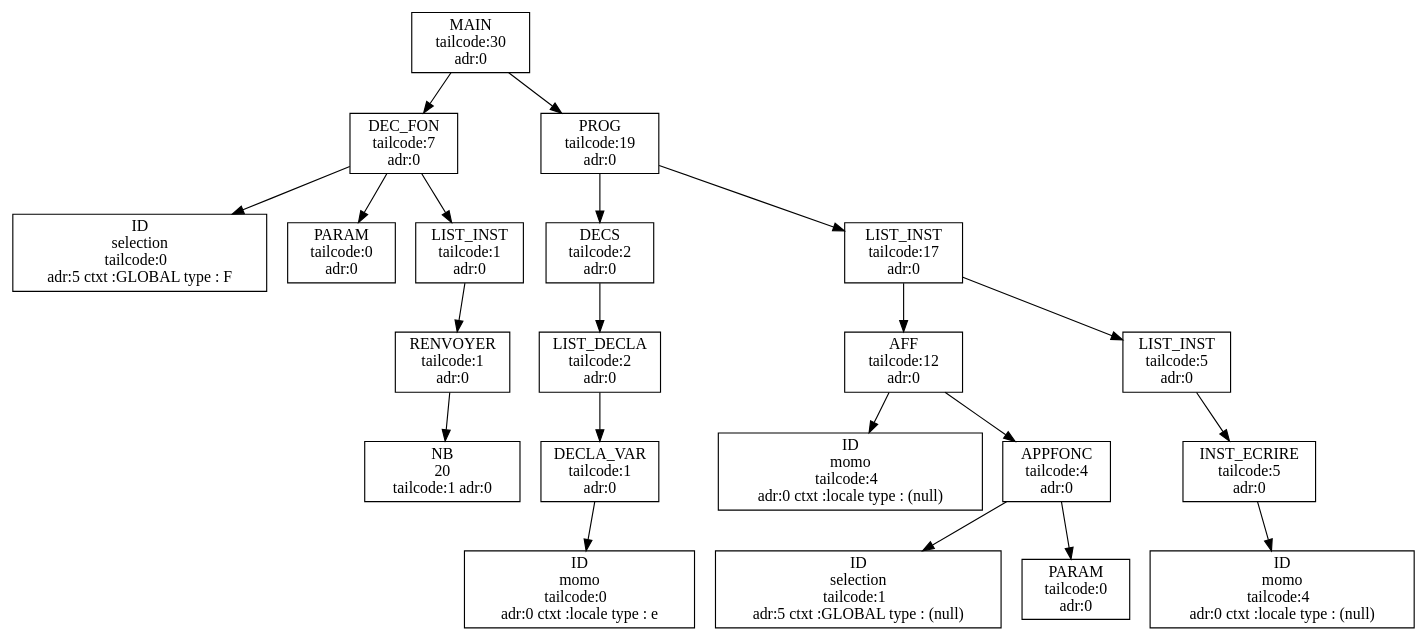
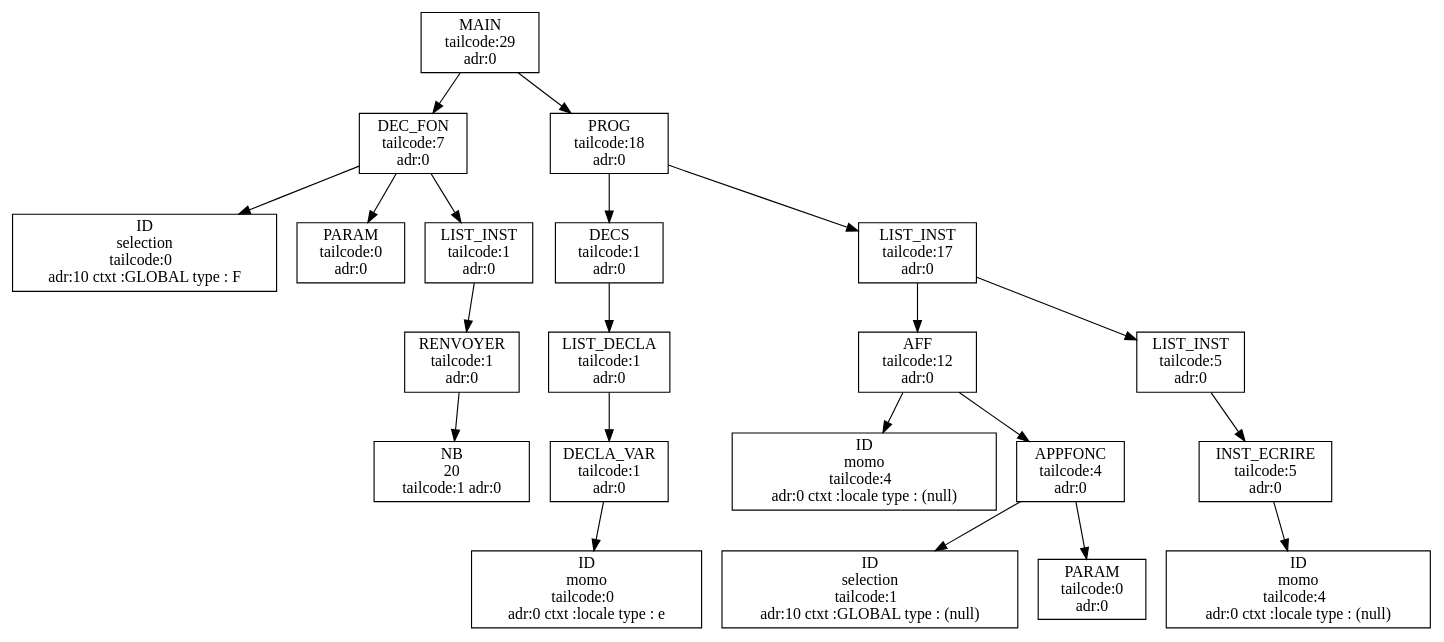
One commit to aswailem195/Projet-ARC--Algo-RAM-Compiler--20231213 changed the diagram in out/output.dot. Above: the diagram before and after it, drawn with Graphviz. The commit also changed 12 other files, not shown here.

```diff
--- a/out/output.dot
+++ b/out/output.dot
@@ -1,84 +1,84 @@
 digraph ASA {
-node0x560a8ddb7d30 [label="MAIN
- tailcode:30 
+node0x5571616c9d30 [label="MAIN
+ tailcode:29 
  adr:0 \n", shape=box];
-node0x560a8ddb7d30 -> node0x560a8ddb7830;
-node0x560a8ddb7830 [label="DEC_FON
+node0x5571616c9d30 -> node0x5571616c9830;
+node0x5571616c9830 [label="DEC_FON
  tailcode:7 
  adr:0 \n", shape=box];
-node0x560a8ddb7830 -> node0x560a8ddb7880;
-node0x560a8ddb7880 [label="ID\nselection
+node0x5571616c9830 -> node0x5571616c9880;
+node0x5571616c9880 [label="ID\nselection
  tailcode:0  
- adr:5 ctxt :GLOBAL type : F \n", shape=box];
-node0x560a8ddb7830 -> node0x560a8ddb76f0;
-node0x560a8ddb76f0 [label="PARAM
+ adr:10 ctxt :GLOBAL type : F \n", shape=box];
+node0x5571616c9830 -> node0x5571616c96f0;
+node0x5571616c96f0 [label="PARAM
  tailcode:0 
  adr:0 \n", shape=box];
-node0x560a8ddb7830 -> node0x560a8ddb77e0;
-node0x560a8ddb77e0 [label="LIST_INST
+node0x5571616c9830 -> node0x5571616c97e0;
+node0x5571616c97e0 [label="LIST_INST
  tailcode:1 
  adr:0 \n", shape=box];
-node0x560a8ddb77e0 -> node0x560a8ddb7790;
-node0x560a8ddb7790 [label="RENVOYER
+node0x5571616c97e0 -> node0x5571616c9790;
+node0x5571616c9790 [label="RENVOYER
  tailcode:1 
  adr:0 \n", shape=box];
-node0x560a8ddb7790 -> node0x560a8ddb7740;
-node0x560a8ddb7740 [label="NB\n20 
+node0x5571616c9790 -> node0x5571616c9740;
+node0x5571616c9740 [label="NB\n20 
  tailcode:1 adr:0 \n", shape=box];
-node0x560a8ddb7d30 -> node0x560a8ddb7ce0;
-node0x560a8ddb7ce0 [label="PROG
- tailcode:19 
+node0x5571616c9d30 -> node0x5571616c9ce0;
+node0x5571616c9ce0 [label="PROG
+ tailcode:18 
  adr:0 \n", shape=box];
-node0x560a8ddb7ce0 -> node0x560a8ddb79c0;
-node0x560a8ddb79c0 [label="DECS
- tailcode:2 
- adr:0 \n", shape=box];
-node0x560a8ddb79c0 -> node0x560a8ddb7970;
-node0x560a8ddb7970 [label="LIST_DECLA
- tailcode:2 
- adr:0 \n", shape=box];
-node0x560a8ddb7970 -> node0x560a8ddb78d0;
-node0x560a8ddb78d0 [label="DECLA_VAR
+node0x5571616c9ce0 -> node0x5571616c99c0;
+node0x5571616c99c0 [label="DECS
  tailcode:1 
  adr:0 \n", shape=box];
-node0x560a8ddb78d0 -> node0x560a8ddb7920;
-node0x560a8ddb7920 [label="ID\nmomo
+node0x5571616c99c0 -> node0x5571616c9970;
+node0x5571616c9970 [label="LIST_DECLA
+ tailcode:1 
+ adr:0 \n", shape=box];
+node0x5571616c9970 -> node0x5571616c98d0;
+node0x5571616c98d0 [label="DECLA_VAR
+ tailcode:1 
+ adr:0 \n", shape=box];
+node0x5571616c98d0 -> node0x5571616c9920;
+node0x5571616c9920 [label="ID\nmomo
  tailcode:0  
  adr:0 ctxt :locale type : e \n", shape=box];
-node0x560a8ddb7ce0 -> node0x560a8ddb7c90;
-node0x560a8ddb7c90 [label="LIST_INST
+node0x5571616c9ce0 -> node0x5571616c9c90;
+node0x5571616c9c90 [label="LIST_INST
  tailcode:17 
  adr:0 \n", shape=box];
-node0x560a8ddb7c90 -> node0x560a8ddb7b00;
-node0x560a8ddb7b00 [label="AFF
+node0x5571616c9c90 -> node0x5571616c9b00;
+node0x5571616c9b00 [label="AFF
  tailcode:12 
  adr:0 \n", shape=box];
-node0x560a8ddb7b00 -> node0x560a8ddb7b50;
-node0x560a8ddb7b50 [label="ID\nmomo
+node0x5571616c9b00 -> node0x5571616c9b50;
+node0x5571616c9b50 [label="ID\nmomo
  tailcode:4  
  adr:0 ctxt :locale type : (null) \n", shape=box];
-node0x560a8ddb7b00 -> node0x560a8ddb7a60;
-node0x560a8ddb7a60 [label="APPFONC
+node0x5571616c9b00 -> node0x5571616c9a60;
+node0x5571616c9a60 [label="APPFONC
  tailcode:4 
  adr:0 \n", shape=box];
-node0x560a8ddb7a60 -> node0x560a8ddb7ab0;
-node0x560a8ddb7ab0 [label="ID\nselection
+node0x5571616c9a60 -> node0x5571616c9ab0;
+node0x5571616c9ab0 [label="ID\nselection
  tailcode:1  
- adr:5 ctxt :GLOBAL type : (null) \n", shape=box];
-node0x560a8ddb7a60 -> node0x560a8ddb7a10;
-node0x560a8ddb7a10 [label="PARAM
+ adr:10 ctxt :GLOBAL type : (null) \n", shape=box];
+node0x5571616c9a60 -> node0x5571616c9a10;
+node0x5571616c9a10 [label="PARAM
  tailcode:0 
  adr:0 \n", shape=box];
-node0x560a8ddb7c90 -> node0x560a8ddb7c40;
-node0x560a8ddb7c40 [label="LIST_INST
+node0x5571616c9c90 -> node0x5571616c9c40;
+node0x5571616c9c40 [label="LIST_INST
  tailcode:5 
  adr:0 \n", shape=box];
-node0x560a8ddb7c40 -> node0x560a8ddb7bf0;
-node0x560a8ddb7bf0 [label="INST_ECRIRE
+node0x5571616c9c40 -> node0x5571616c9bf0;
+node0x5571616c9bf0 [label="INST_ECRIRE
  tailcode:5 
  adr:0 \n", shape=box];
-node0x560a8ddb7bf0 -> node0x560a8ddb7ba0;
-node0x560a8ddb7ba0 [label="ID\nmomo
+node0x5571616c9bf0 -> node0x5571616c9ba0;
+node0x5571616c9ba0 [label="ID\nmomo
  tailcode:4  
  adr:0 ctxt :locale type : (null) \n", shape=box];
 }
```
